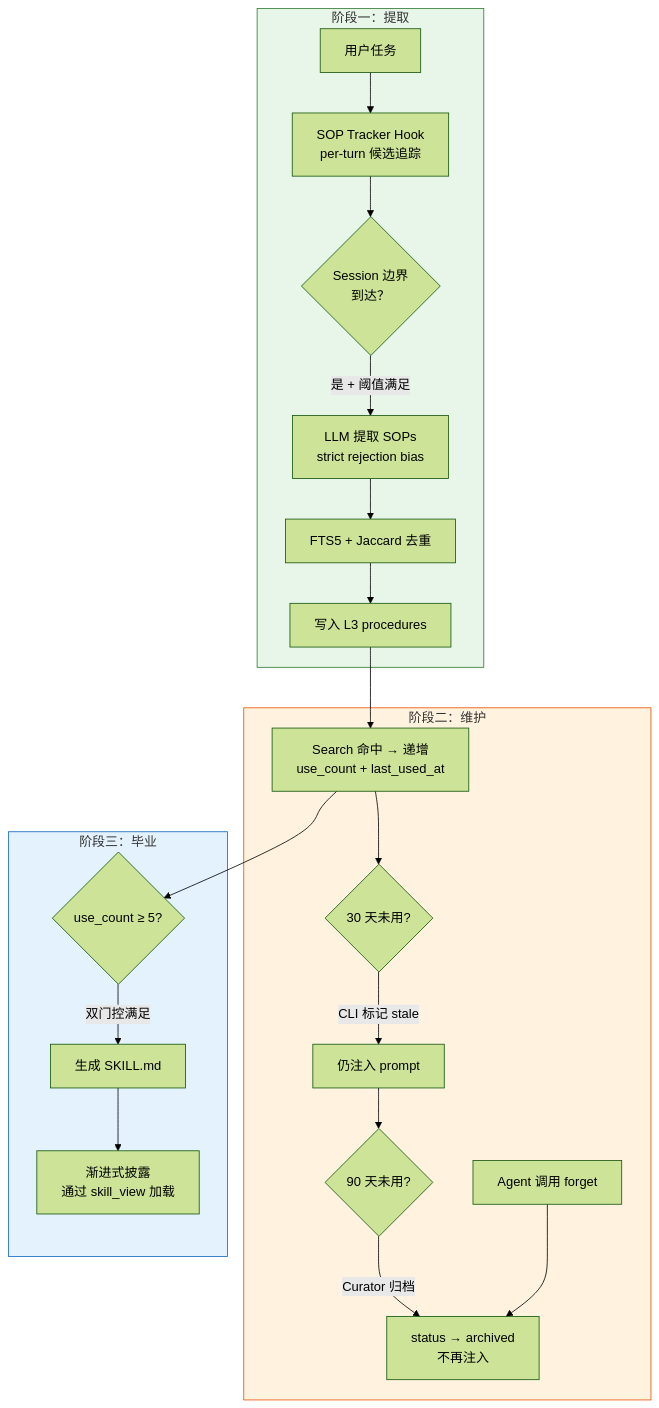
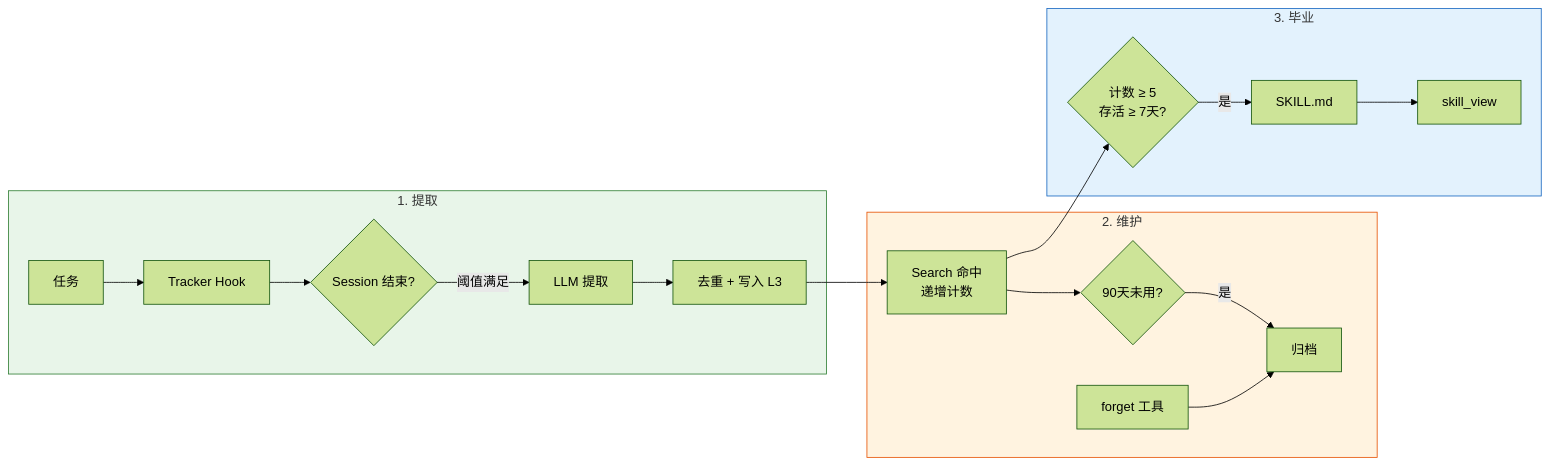
One commit to Timeflys2018/pyclaw changed the second of 2 diagrams in README_CN.md. Above: the diagram before and after it, drawn with Mermaid (forest theme). The commit also changed 3 other files, not shown here.

First line of the commit message:
fix(evolution): 添加毕业碰撞检查 + config validation + README 图表优化

````diff
--- a/README_CN.md
+++ b/README_CN.md
@@ -124,29 +124,26 @@
 ```mermaid
-flowchart TD
-    subgraph Extract["阶段一：提取"]
-        A[用户任务] --> B[SOP Tracker Hook<br/>per-turn 候选追踪]
-        B --> C{Session 边界<br/>到达？}
-        C -->|是 + 阈值满足| D[LLM 提取 SOPs<br/>strict rejection bias]
-        D --> E[FTS5 + Jaccard 去重]
-        E --> F[写入 L3 procedures]
+flowchart LR
+    subgraph Extract["1. 提取"]
+        A[任务] --> B[Tracker Hook]
+        B --> C{Session 结束?}
+        C -->|阈值满足| D[LLM 提取]
+        D --> E[去重 + 写入 L3]
     end
 
-    subgraph Curate["阶段二：维护"]
-        F --> G[Search 命中 → 递增<br/>use_count + last_used_at]
-        G --> H{30 天未用?}
-        H -->|CLI 标记 stale| I[仍注入 prompt]
-        I --> J{90 天未用?}
-        J -->|Curator 归档| K[status → archived<br/>不再注入]
-        L[Agent 调用 forget] --> K
+    subgraph Curate["2. 维护"]
+        E --> F[Search 命中<br/>递增计数]
+        F --> G{90天未用?}
+        G -->|是| H[归档]
+        I[forget 工具] --> H
     end
 
-    subgraph Graduate["阶段三：毕业"]
-        G --> M{use_count ≥ 5?}
-        M -->|双门控满足| N[生成 SKILL.md]
-        N --> O[渐进式披露<br/>通过 skill_view 加载]
+    subgraph Graduate["3. 毕业"]
+        F --> J{计数 ≥ 5<br/>存活 ≥ 7天?}
+        J -->|是| K[SKILL.md]
+        K --> L[skill_view]
     end
 
     style Extract fill:#e8f5e9,stroke:#2e7d32
     style Curate fill:#fff3e0,stroke:#e65100
     style Graduate fill:#e3f2fd,stroke:#1565c0
 ```
````
